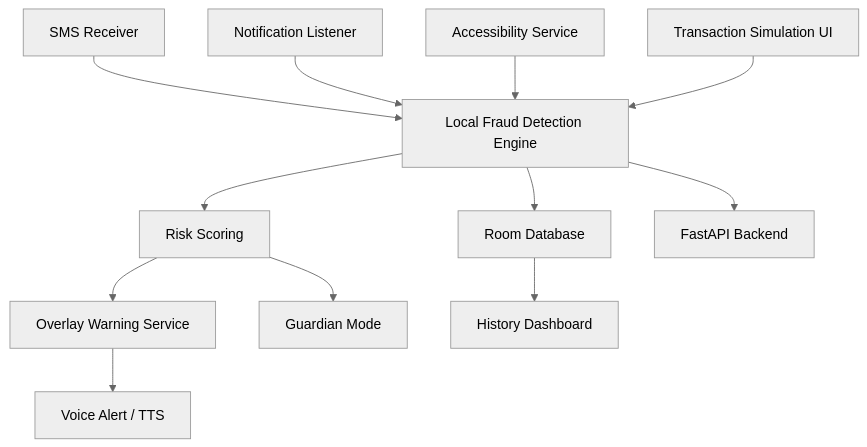
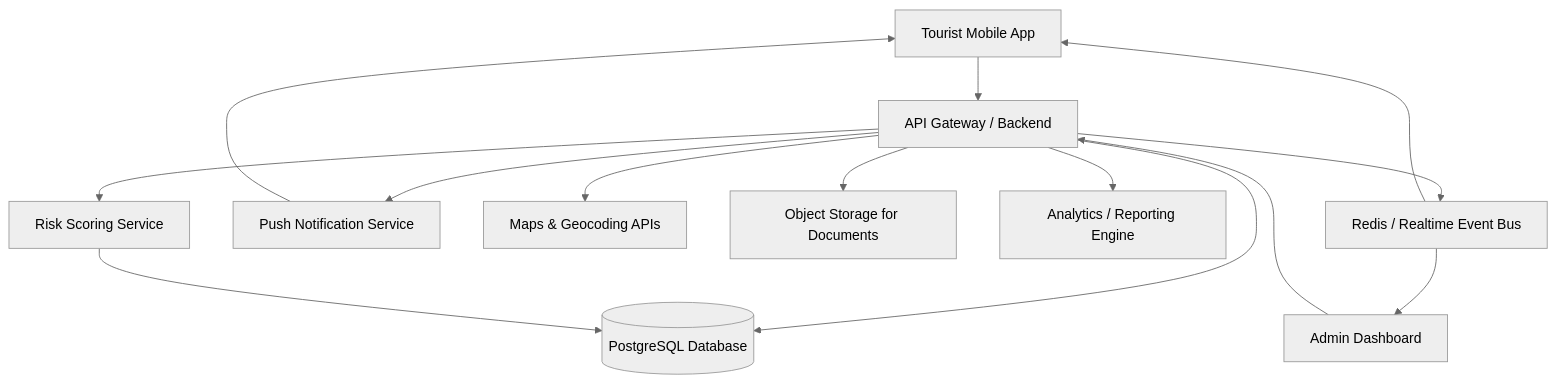
The first of 2 diagrams in docs/architecture.md (luciferdummy/New), drawn with Mermaid (neutral theme) before and after one commit. The commit also changed other lines of this file and 14 other files, not shown here.

````diff
--- a/docs/architecture.md
+++ b/docs/architecture.md
@@ -5,14 +5,16 @@
 ```mermaid
 graph TD
-    A[SMS Receiver] --> F[Local Fraud Detection Engine]
-    B[Notification Listener] --> F
-    C[Accessibility Service] --> F
-    D[Transaction Simulation UI] --> F
-    F --> G[Risk Scoring]
-    F --> H[Room Database]
-    F --> I[FastAPI Backend]
-    G --> J[Overlay Warning Service]
-    J --> K[Voice Alert / TTS]
-    H --> L[History Dashboard]
-    G --> M[Guardian Mode]
+    A[Tourist Mobile App] --> B[API Gateway / Backend]
+    C[Admin Dashboard] --> B
+    B --> D[(PostgreSQL Database)]
+    B --> E[Redis / Realtime Event Bus]
+    B --> F[Push Notification Service]
+    B --> G[Maps & Geocoding APIs]
+    B --> H[Object Storage for Documents]
+    B --> I[Analytics / Reporting Engine]
+    B --> J[Risk Scoring Service]
+    J --> D
+    E --> C
+    E --> A
+    F --> A
 ```
````
